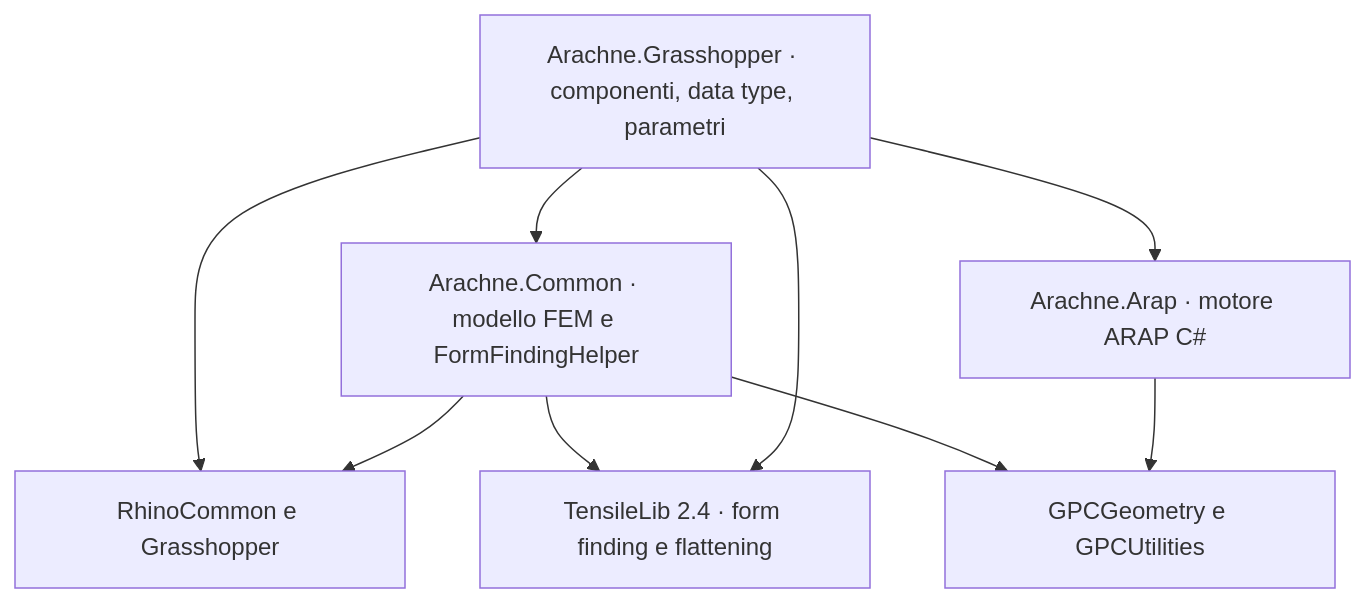
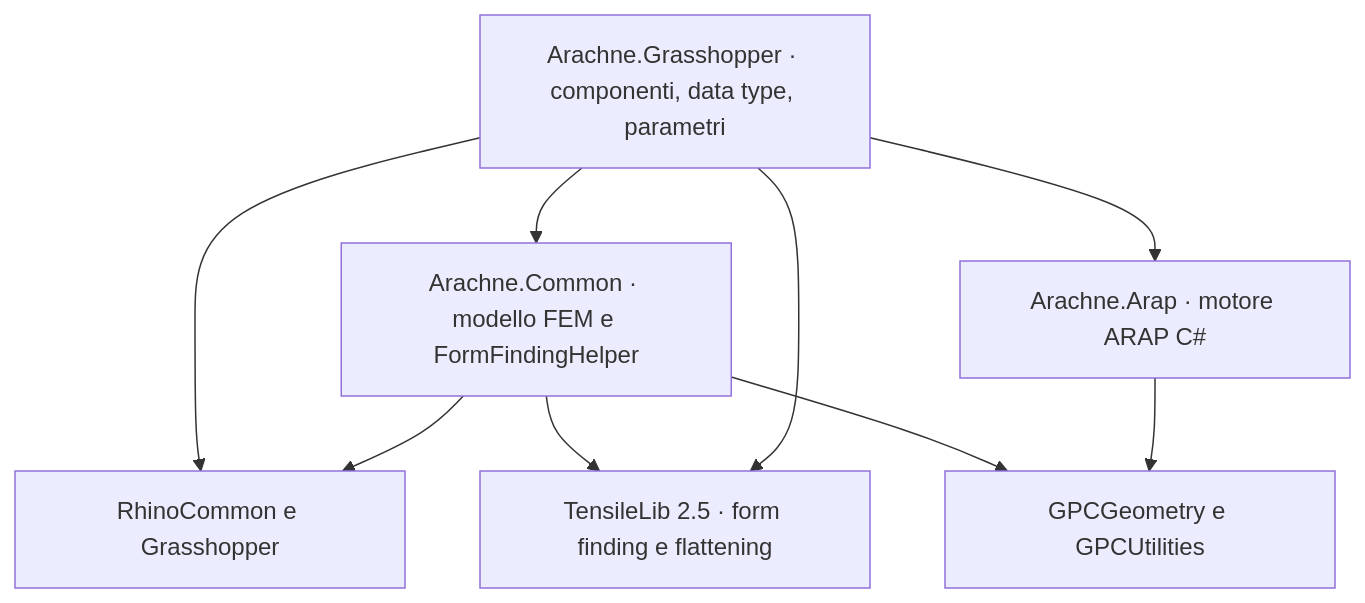
One commit to ITEC-GPA/Arachne changed the diagram in docs/ARCHITECTURE.md. Above: the diagram before and after it, drawn with Mermaid. The commit also changed 6 other files, not shown here.

First line of the commit message:
TensileLib 2.5 (faster plates, faces next to masts); attribute events

````diff
--- a/docs/ARCHITECTURE.md
+++ b/docs/ARCHITECTURE.md
@@ -3,11 +3,11 @@
 ```mermaid
 flowchart TD
   GH[Arachne.Grasshopper · componenti, data type, parametri] --> COMMON[Arachne.Common · modello FEM e FormFindingHelper]
   GH --> ARAP[Arachne.Arap · motore ARAP C#]
   GH --> RHINO[RhinoCommon e Grasshopper]
   COMMON --> RHINO
-  COMMON --> TL[TensileLib 2.4 · form finding e flattening]
+  COMMON --> TL[TensileLib 2.5 · form finding e flattening]
   COMMON --> GPC[GPCGeometry e GPCUtilities]
   GH --> TL
   ARAP --> GPC
 ```
````
